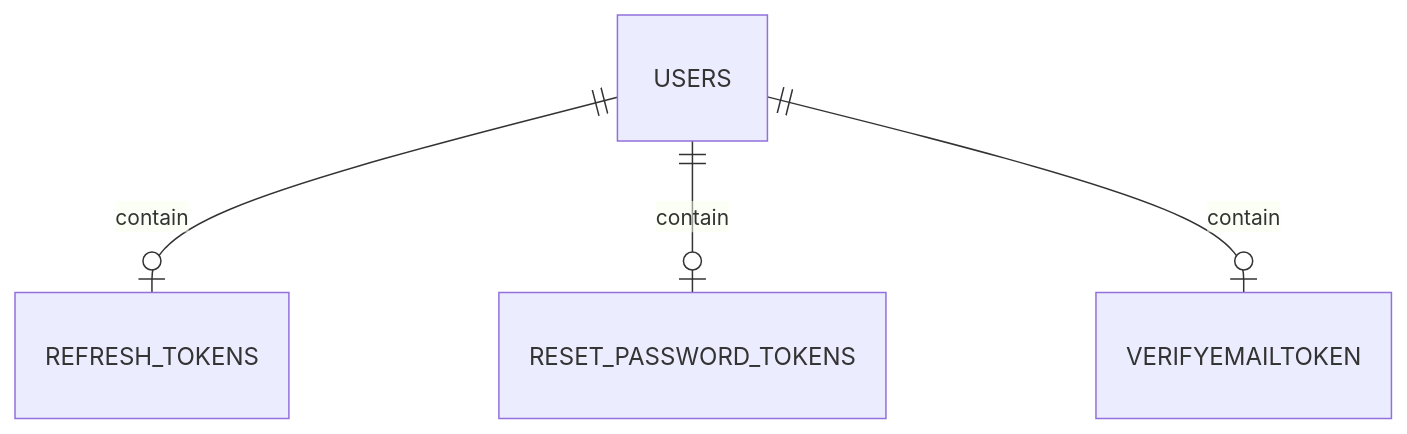
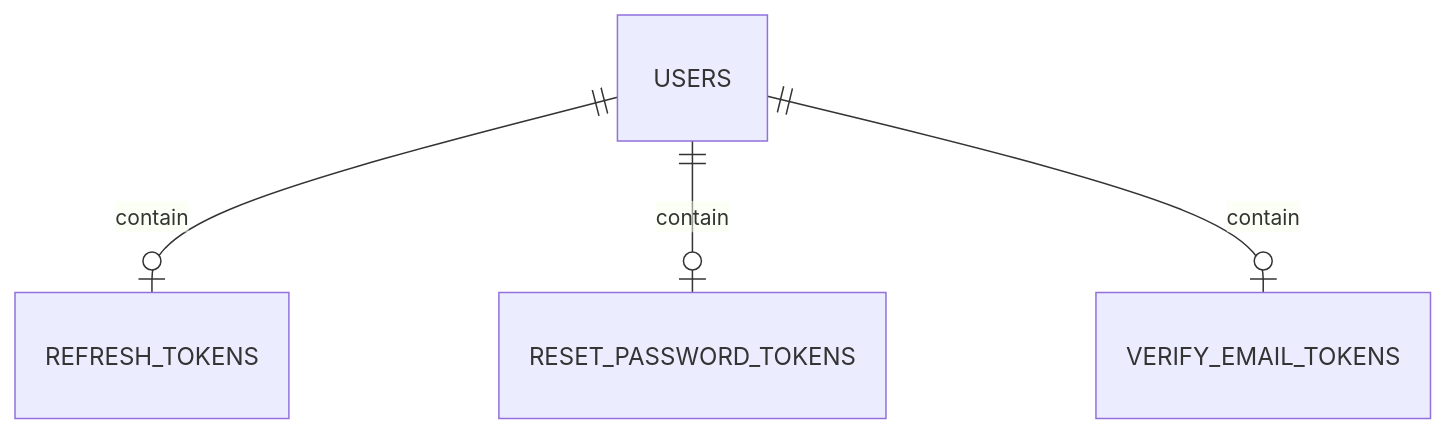
Before and after one commit to DelanoAlmeidaFilho/nodejs-email-account-verification: the diagram in README.md, drawn with Mermaid. The commit also changed other lines of this file, not shown here.

````diff
--- a/README.md
+++ b/README.md
@@ -15,6 +15,6 @@
 ```mermaid
 erDiagram
     USERS ||--o| REFRESH_TOKENS : contain
     USERS ||--o| RESET_PASSWORD_TOKENS : contain
-    USERS ||--o| VERIFYEMAILTOKEN : contain
+    USERS ||--o| VERIFY_EMAIL_TOKENS : contain
 ```
````
